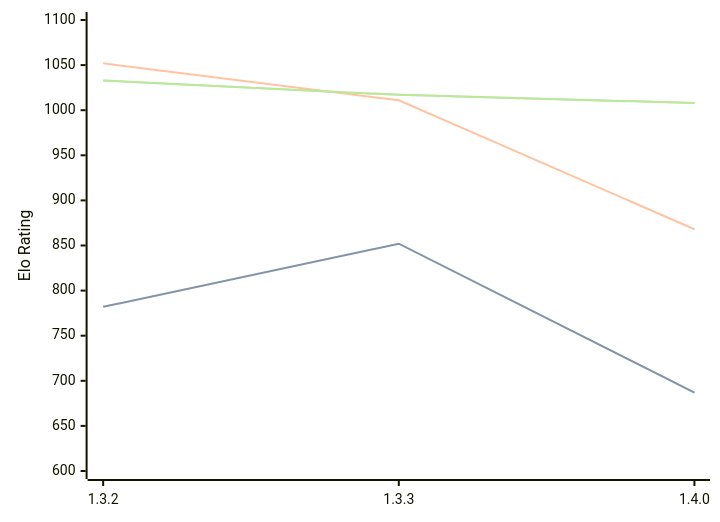
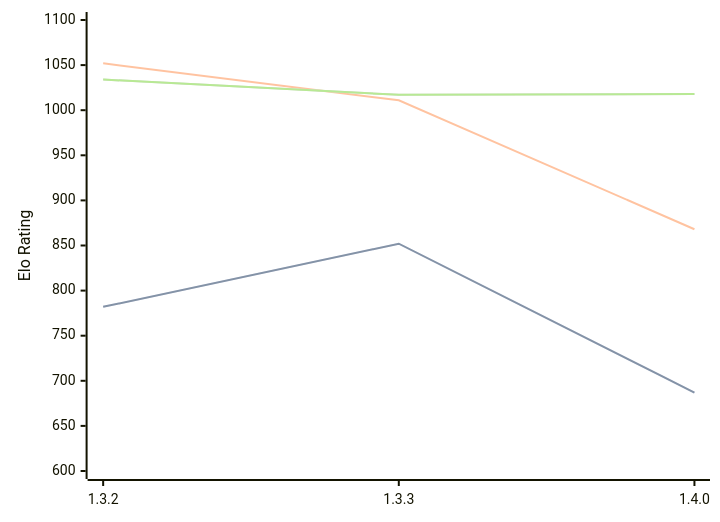
One commit to computer-chess-index/cci changed the diagram in engines/Whitespine.md. Above: the diagram before and after it, drawn with Mermaid. The commit also changed other lines of this file, not shown here.

Commit message:
Update CCI Ratings (ELO VLTC) - 2026-07-23

````diff
--- a/engines/Whitespine.md
+++ b/engines/Whitespine.md
@@ -36,11 +36,11 @@
 ```mermaid
 %%{init: {"theme":"base","themeVariables":{"seriesColors:['#a3a3a3','#222221','#faa371']}}}%%
 xychart-beta
   x-axis ["1.3.2", "1.3.3", "1.4.0"]
   y-axis "Elo Rating" 600 --> 1100
   line "STC (8.0+0.08s)" [782, 852, 687]
   line "STC (8.0+0.08s)" [782, 852, 687]
   line "LTC (60.0+0.60s)" [1052, 1011, 868]
-  line "VLTC (2m24s+1.12s)" [1033, 1017, 1008]
-  line "VLTC (2m24s+1.12s)" [1033, 1017, 1008]
+  line "VLTC (2m24s+1.12s)" [1034, 1017, 1018]
+  line "VLTC (2m24s+1.12s)" [1034, 1017, 1018]
 ```
````
